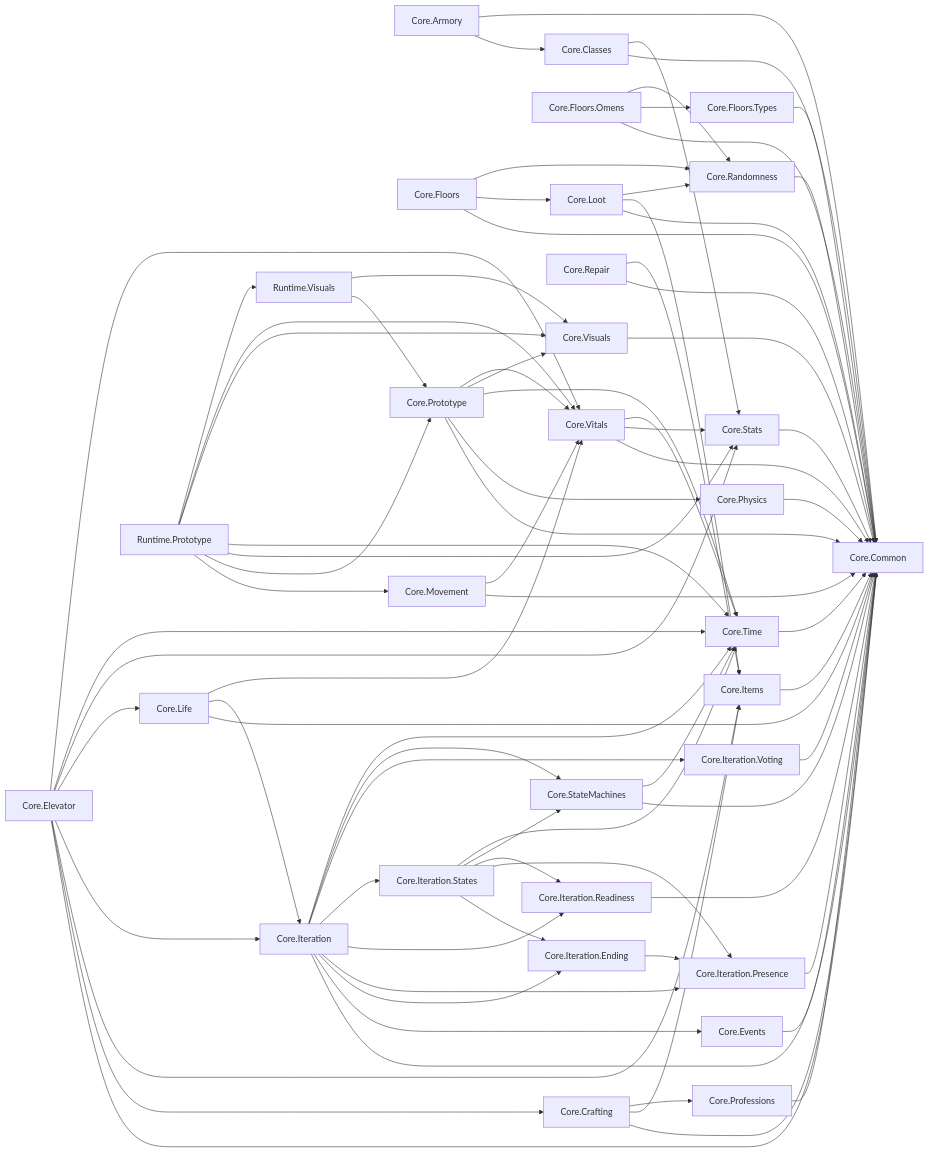
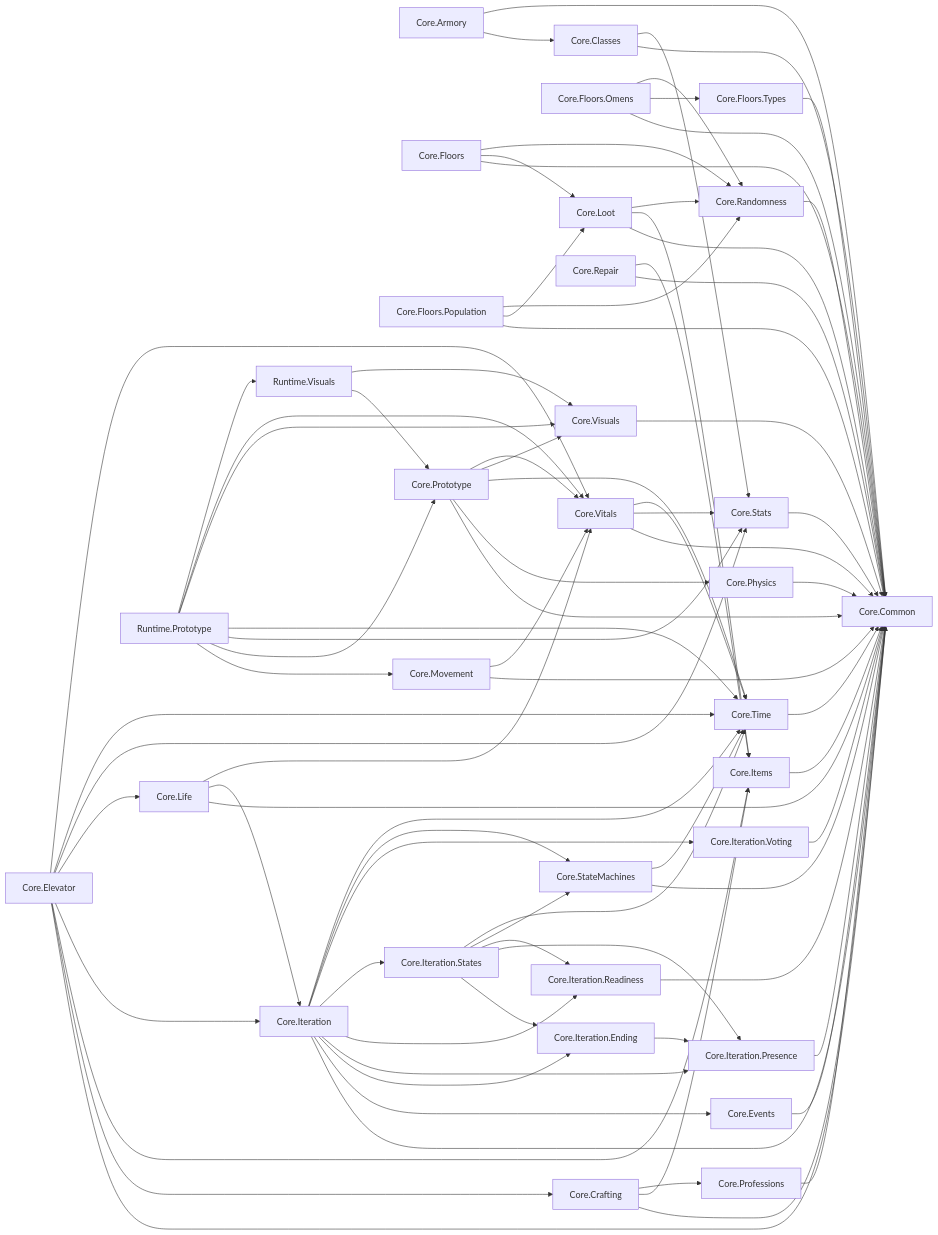
The diagram in docs/arquitectura/MODULOS.md (LazaroPol/Acensor), drawn with Mermaid before and after one commit. The commit also changed other lines of this file and 14 other files, not shown here.

````diff
--- a/docs/arquitectura/MODULOS.md
+++ b/docs/arquitectura/MODULOS.md
@@ -43,64 +44,66 @@
 ```mermaid
 flowchart LR
   n0["Core.Armory"]
   n1["Core.Classes"]
   n2["Core.Common"]
   n3["Core.Crafting"]
   n4["Core.Elevator"]
   n5["Core.Events"]
   n6["Core.Floors"]
   n7["Core.Floors.Omens"]
-  n8["Core.Floors.Types"]
-  n9["Core.Items"]
-  n10["Core.Iteration"]
-  n11["Core.Iteration.Ending"]
-  n12["Core.Iteration.Presence"]
-  n13["Core.Iteration.Readiness"]
-  n14["Core.Iteration.States"]
-  n15["Core.Iteration.Voting"]
-  n16["Core.Life"]
-  n17["Core.Loot"]
-  n18["Core.Movement"]
-  n19["Core.Physics"]
-  n20["Core.Professions"]
-  n21["Core.Prototype"]
-  n22["Core.Randomness"]
-  n23["Core.Repair"]
-  n24["Core.StateMachines"]
-  n25["Core.Stats"]
-  n26["Core.Time"]
-  n27["Core.Visuals"]
-  n28["Core.Vitals"]
-  n29["Runtime.Prototype"]
-  n30["Runtime.Visuals"]
+  n8["Core.Floors.Population"]
+  n9["Core.Floors.Types"]
+  n10["Core.Items"]
+  n11["Core.Iteration"]
+  n12["Core.Iteration.Ending"]
+  n13["Core.Iteration.Presence"]
+  n14["Core.Iteration.Readiness"]
+  n15["Core.Iteration.States"]
+  n16["Core.Iteration.Voting"]
+  n17["Core.Life"]
+  n18["Core.Loot"]
+  n19["Core.Movement"]
+  n20["Core.Physics"]
+  n21["Core.Professions"]
+  n22["Core.Prototype"]
+  n23["Core.Randomness"]
+  n24["Core.Repair"]
+  n25["Core.StateMachines"]
+  n26["Core.Stats"]
+  n27["Core.Time"]
+  n28["Core.Visuals"]
+  n29["Core.Vitals"]
+  n30["Runtime.Prototype"]
+  n31["Runtime.Visuals"]
   n0 --> n1 & n2
-  n1 --> n2 & n25
-  n3 --> n2 & n9 & n20
-  n4 --> n2 & n3 & n9 & n10 & n16 & n25 & n26 & n28
+  n1 --> n2 & n26
+  n3 --> n2 & n10 & n21
+  n4 --> n2 & n3 & n10 & n11 & n17 & n26 & n27 & n29
   n5 --> n2
-  n6 --> n2 & n17 & n22
-  n7 --> n2 & n8 & n22
-  n8 --> n2
+  n6 --> n2 & n18 & n23
+  n7 --> n2 & n9 & n23
+  n8 --> n2 & n18 & n23
   n9 --> n2
-  n10 --> n2 & n5 & n11 & n12 & n13 & n14 & n15 & n24 & n26
-  n11 --> n12
-  n12 --> n2
+  n10 --> n2
+  n11 --> n2 & n5 & n12 & n13 & n14 & n15 & n16 & n25 & n27
+  n12 --> n13
   n13 --> n2
-  n14 --> n11 & n12 & n13 & n24 & n26
-  n15 --> n2
-  n16 --> n2 & n10 & n28
-  n17 --> n2 & n9 & n22
-  n18 --> n2 & n28
-  n19 --> n2
+  n14 --> n2
+  n15 --> n12 & n13 & n14 & n25 & n27
+  n16 --> n2
+  n17 --> n2 & n11 & n29
+  n18 --> n2 & n10 & n23
+  n19 --> n2 & n29
   n20 --> n2
-  n21 --> n2 & n19 & n26 & n27 & n28
-  n22 --> n2
-  n23 --> n2 & n9
-  n24 --> n2 & n26
-  n25 --> n2
+  n21 --> n2
+  n22 --> n2 & n20 & n27 & n28 & n29
+  n23 --> n2
+  n24 --> n2 & n10
+  n25 --> n2 & n27
   n26 --> n2
   n27 --> n2
-  n28 --> n2 & n25 & n26
-  n29 --> n18 & n21 & n25 & n26 & n27 & n28 & n30
-  n30 --> n21 & n27
+  n28 --> n2
+  n29 --> n2 & n26 & n27
+  n30 --> n19 & n22 & n26 & n27 & n28 & n29 & n31
+  n31 --> n22 & n28
 ```
````
